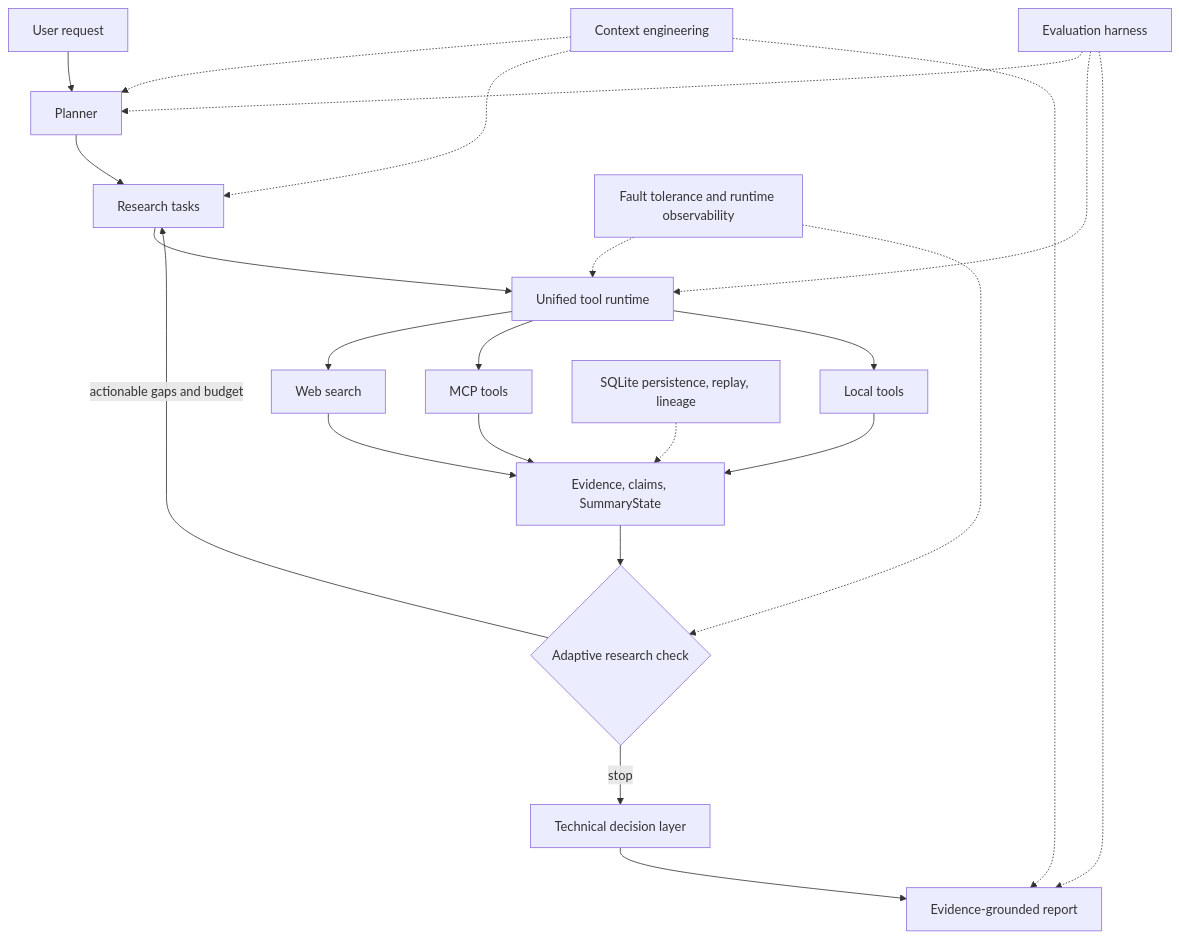
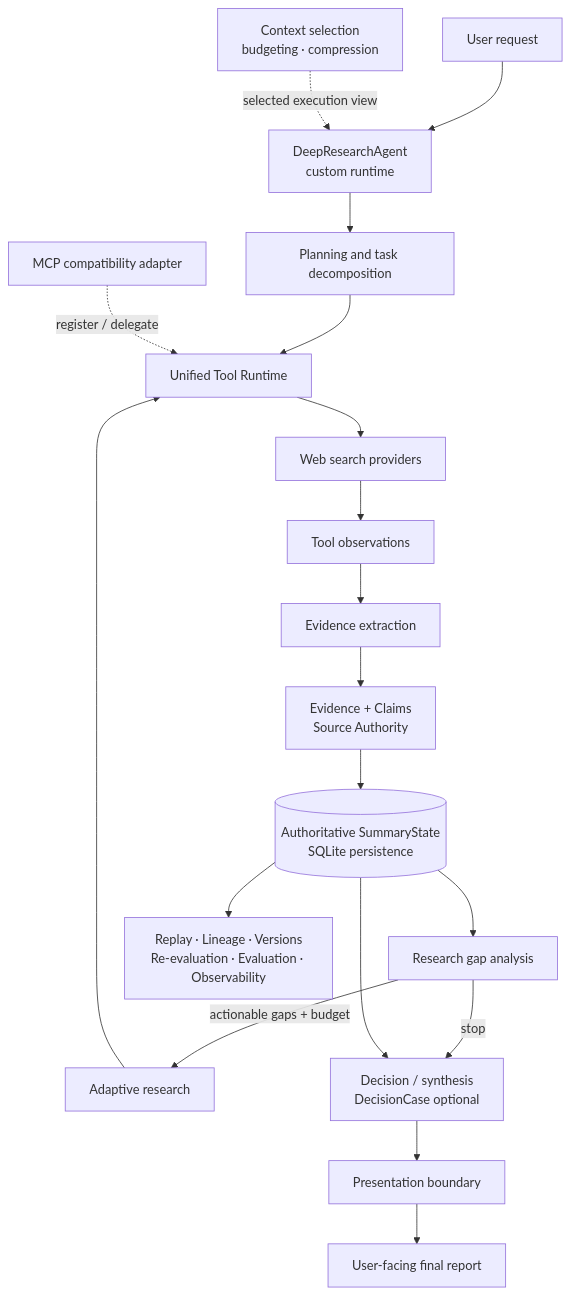
The diagram in README.md (to1246zh-s-star/traceable-deep-research-agent), drawn with Mermaid before and after one commit. The commit also changed other lines of this file and 2 other files, not shown here.

Commit message:
docs: prepare agent project for public demo

````diff
--- a/README.md
+++ b/README.md
@@ -63,26 +30,23 @@
 ```mermaid
 flowchart TD
-    U[User request] --> P[Planner]
-    P --> T[Research tasks]
-    T --> R[Unified tool runtime]
-    R --> W[Web search]
-    R --> M[MCP tools]
-    R --> L[Local tools]
-    W --> S[Evidence, claims, SummaryState]
-    M --> S
-    L --> S
-    S --> A{Adaptive research check}
-    A -->|actionable gaps and budget| T
-    A -->|stop| D[Technical decision layer]
-    D --> O[Evidence-grounded report]
+    U[User request] --> A[DeepResearchAgent<br/>custom runtime]
+    A --> P[Planning and task decomposition]
+    P --> T[Unified Tool Runtime]
+    T --> W[Web search providers]
+    M[MCP compatibility adapter] -. register / delegate .-> T
+    W --> O[Tool observations]
+    O --> E[Evidence extraction]
+    E --> G[Evidence + Claims<br/>Source Authority]
+    G --> S[(Authoritative SummaryState<br/>SQLite persistence)]
 
-    C[Context engineering] -.-> P
-    C -.-> T
-    C -.-> O
-    X[Fault tolerance and runtime observability] -.-> R
-    X -.-> A
-    Q[SQLite persistence, replay, lineage] -.-> S
-    E[Evaluation harness] -.-> P
-    E -.-> R
-    E -.-> O
+    S --> R[Research gap analysis]
+    R -->|actionable gaps + budget| AR[Adaptive research]
+    AR --> T
+    R -->|stop| D[Decision / synthesis<br/>DecisionCase optional]
+    S --> D
+    D --> PB[Presentation boundary]
+    PB --> F[User-facing final report]
+
+    S --> AU[Replay · Lineage · Versions<br/>Re-evaluation · Evaluation · Observability]
+    C[Context selection<br/>budgeting · compression] -. selected execution view .-> A
 ```
````
